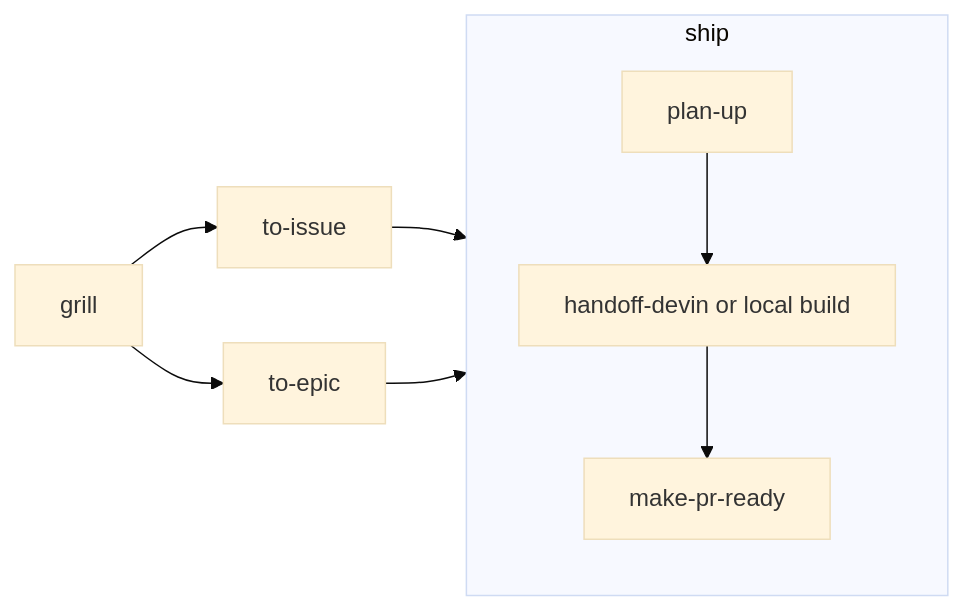
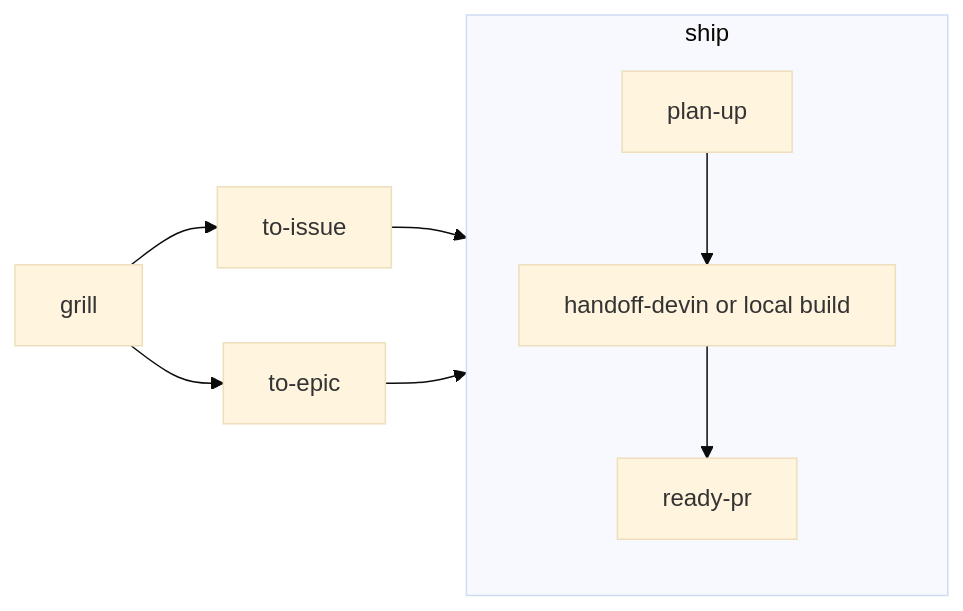
Before and after one commit to linhvu0711/skills: the diagram in README.md, drawn with Mermaid (base theme). The commit also changed other lines of this file and 18 other files, not shown here.

First line of the commit message:
refactor(ready-pr)!: rename make-pr-ready to ready-pr

````diff
--- a/README.md
+++ b/README.md
@@ -9,10 +9,10 @@
 ```mermaid
 flowchart LR
   grill --> toissue[to-issue]
   grill --> toepic[to-epic]
   toissue --> ship
   toepic --> ship
   subgraph ship
-    planup[plan-up] --> build[handoff-devin or local build] --> makeprready[make-pr-ready]
+    planup[plan-up] --> build[handoff-devin or local build] --> readypr[ready-pr]
   end
 ```
````
